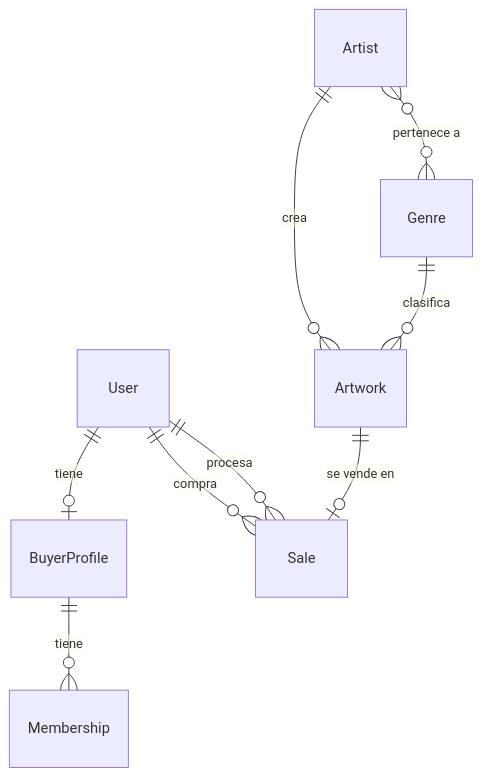
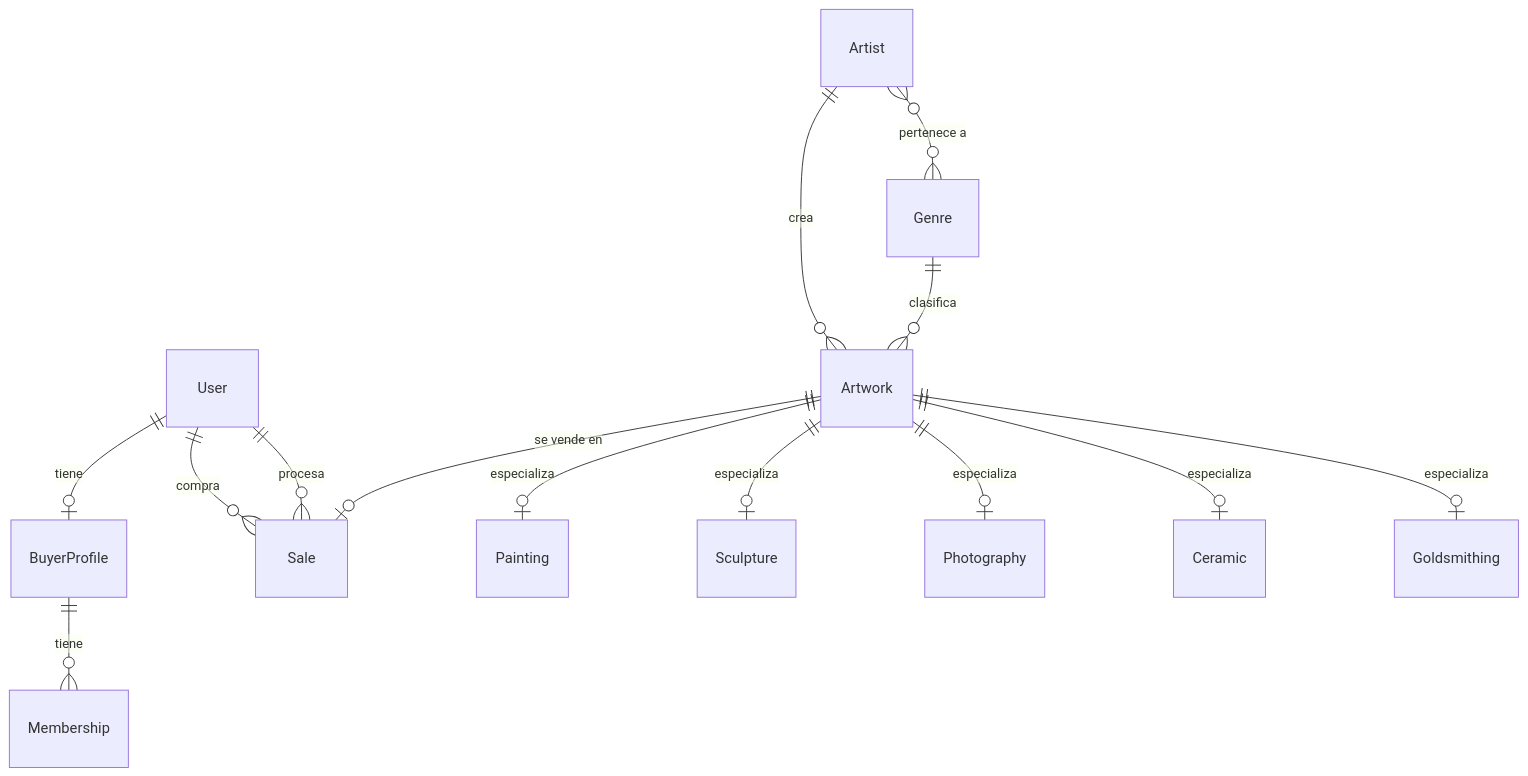
The diagram in modelado_bd.md (migueldevplusplus/museo-arte), drawn with Mermaid before and after one commit. The commit also changed other lines of this file and 7 other files, not shown here.

````diff
--- a/modelado_bd.md
+++ b/modelado_bd.md
@@ -108,11 +167,16 @@
 ```mermaid
 erDiagram
     User ||--o| BuyerProfile : "tiene"
     BuyerProfile ||--o{ Membership : "tiene"
     User ||--o{ Sale : "compra"
     User ||--o{ Sale : "procesa"
     Artist }o--o{ Genre : "pertenece a"
     Artist ||--o{ Artwork : "crea"
     Genre ||--o{ Artwork : "clasifica"
+    Artwork ||--o| Painting : "especializa"
+    Artwork ||--o| Sculpture : "especializa"
+    Artwork ||--o| Photography : "especializa"
+    Artwork ||--o| Ceramic : "especializa"
+    Artwork ||--o| Goldsmithing : "especializa"
     Artwork ||--o| Sale : "se vende en"
 ```
````
